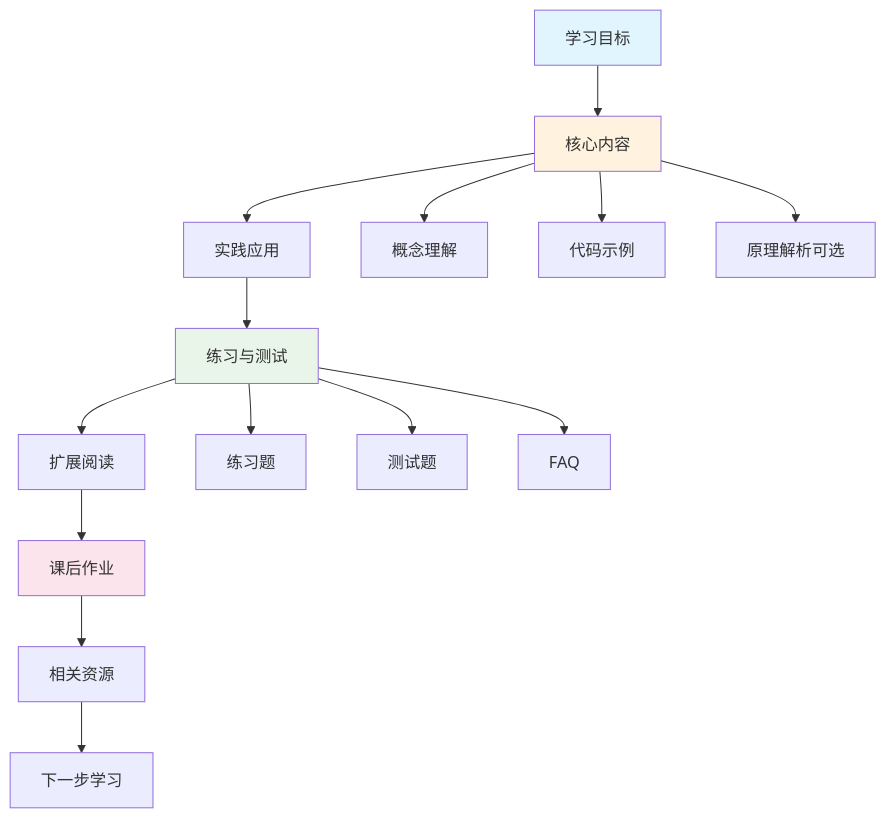
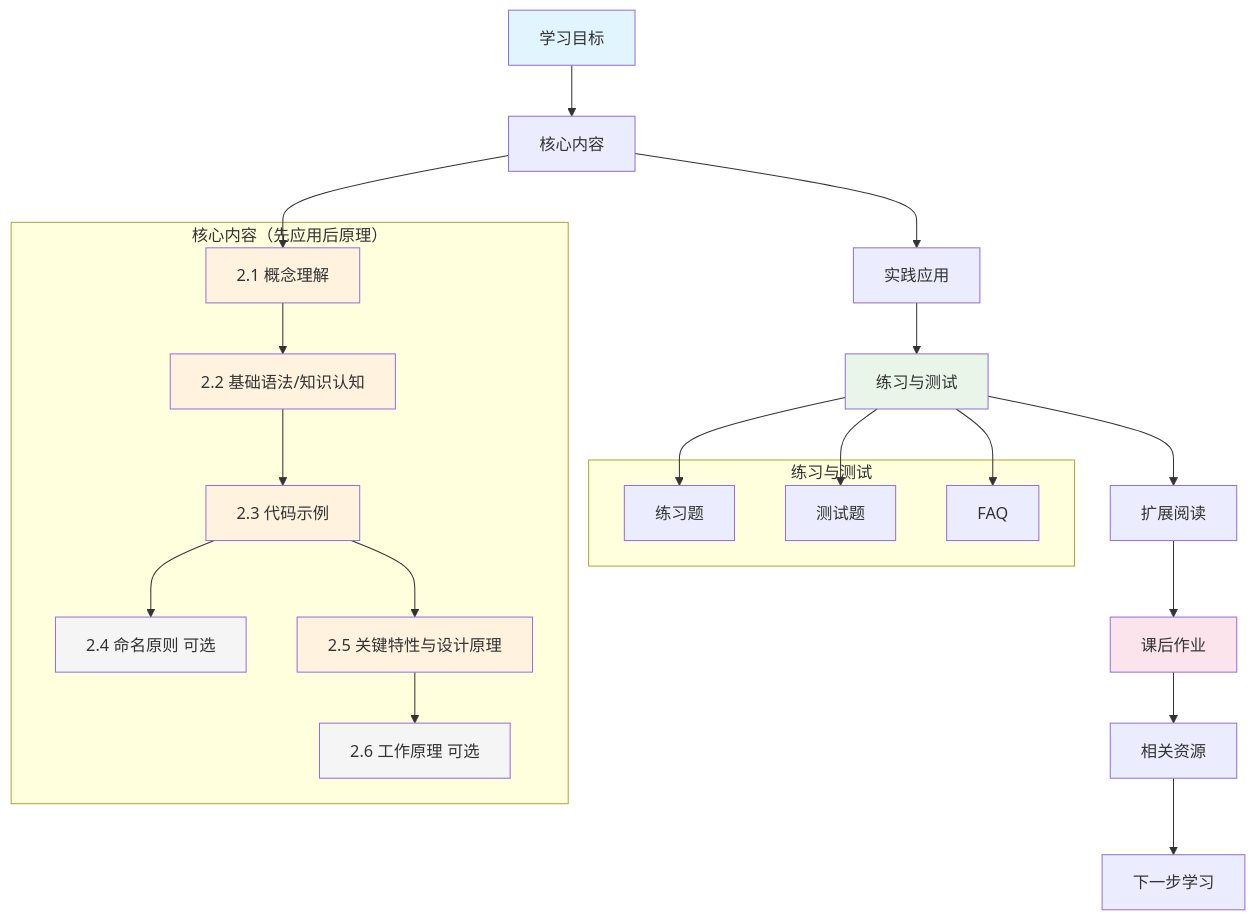
Before and after one commit to IdEvEbI/QtLanChat-FeiQClone: the second of 3 diagrams in docs/standard/01-document-writing-standards.md, drawn with Mermaid. The commit also changed other lines of this file, not shown here.

Commit message:
docs: 更新01-document-writing-standards.md至v1.6，优化核心内容结构流程图
更新内容：
- 版本升级：v1.5 → v1.6
- 更新核心内容结构流程图，体现完整的"先应用后原理"教学顺序
- 增加章节编号（2.1-2.6），明确阅读顺序
- 使用subgraph分组，清晰展示核心内容和练习测试的结构
- 用灰色标注可选章节，增强可读性

结构优化：
- 2.1 概念理解
- 2.2 基础语法/知识认知
- 2.3 代码示例
- 2.4 命名原则（可选）
- 2.5 关键特性与设计原理
- 2.6 工作原理（可选）

参考实践：基于02-variables-constants.md的优化结构
目标：流程图与实际编写顺序一致，结构清晰易懂

````diff
--- a/docs/standard/01-document-writing-standards.md
+++ b/docs/standard/01-document-writing-standards.md
@@ -139,23 +139,48 @@
 ```mermaid
 graph TD
     A[学习目标] --> B[核心内容]
+
+    subgraph "核心内容（先应用后原理）"
+        B1[2.1 概念理解]
+        B2[2.2 基础语法/知识认知]
+        B3[2.3 代码示例]
+        B4[2.4 命名原则 可选]
+        B5[2.5 关键特性与设计原理]
+        B6[2.6 工作原理 可选]
+    end
+
+    B --> B1
+    B1 --> B2
+    B2 --> B3
+    B3 --> B4
+    B3 --> B5
+    B5 --> B6
+
     B --> C[实践应用]
     C --> D[练习与测试]
+
+    subgraph "练习与测试"
+        D1[练习题]
+        D2[测试题]
+        D3[FAQ]
+    end
+
+    D --> D1
+    D --> D2
+    D --> D3
+
     D --> E[扩展阅读]
     E --> F[课后作业]
     F --> G[相关资源]
     G --> H[下一步学习]
 
-    B --> B1[概念理解]
-    B --> B2[代码示例]
-    B --> B3[原理解析可选]
-
-    D --> D1[练习题]
-    D --> D2[测试题]
-    D --> D3[FAQ]
-
     style A fill:#e1f5fe
-    style B fill:#fff3e0
+    style B1 fill:#fff3e0
+    style B2 fill:#fff3e0
+    style B3 fill:#fff3e0
+    style B4 fill:#f5f5f5
+    style B5 fill:#fff3e0
+    style B6 fill:#f5f5f5
     style D fill:#e8f5e8
     style F fill:#fce4ec
 ```
````
